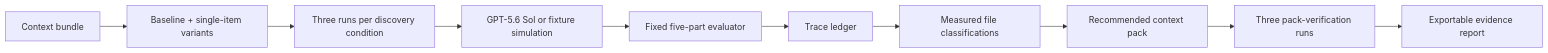
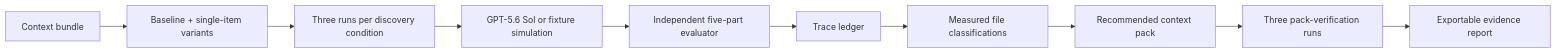
The diagram in docs/ARCHITECTURE.md (ezrawestover1-hub/context-mri), drawn with Mermaid before and after one commit. The commit also changed other lines of this file and 24 other files, not shown here.

````diff
--- a/docs/ARCHITECTURE.md
+++ b/docs/ARCHITECTURE.md
@@ -5,12 +5,12 @@
 ```mermaid
 flowchart LR
   A[Context bundle] --> B[Baseline + single-item variants]
   B --> C[Three runs per discovery condition]
   C --> D[GPT-5.6 Sol or fixture simulation]
-  D --> E[Fixed five-part evaluator]
+  D --> E[Independent five-part evaluator]
   E --> F[Trace ledger]
   F --> G[Measured file classifications]
   G --> H[Recommended context pack]
   H --> I[Three pack-verification runs]
   I --> J[Exportable evidence report]
 ```
````
